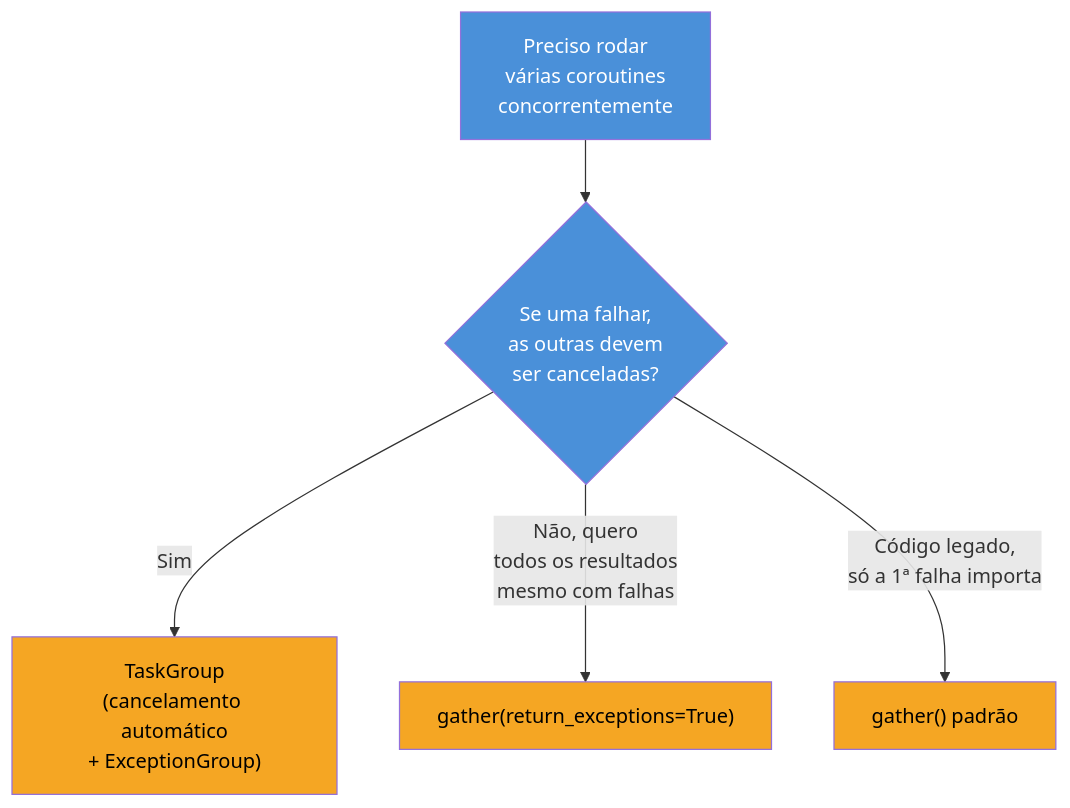
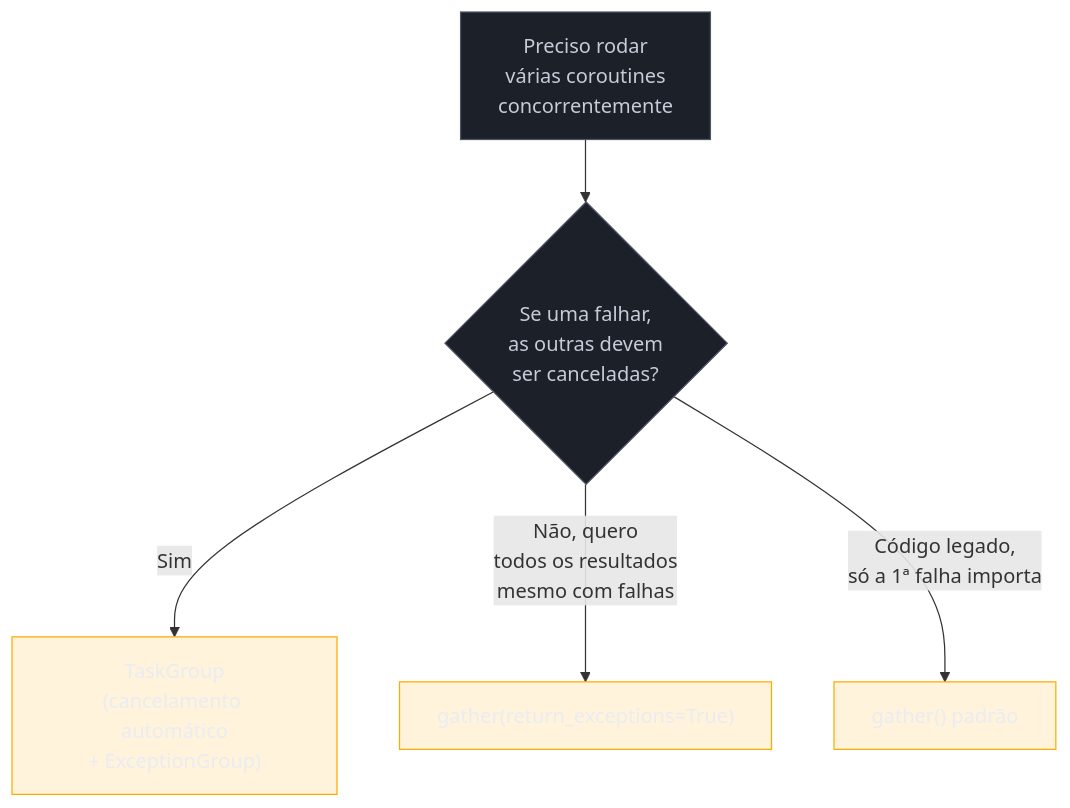
The second of 2 diagrams in 03-Dominios/Tecnologia/Python/Concorrência e paralelismo/07 - asyncio na prática — gather, TaskGroup, timeouts e cancelamento.md (josenaldo/codex-technomanticus), drawn with Mermaid before and after one commit. The commit also changed 1181 other files, not shown here.

First line of the commit message:
fix(diagramas): paleta do sistema no lugar de cor cravada no markdown

````diff
--- a/03-Dominios/Tecnologia/Python/Concorrência e paralelismo/07 - asyncio na prática — gather, TaskGroup, timeouts e cancelamento.md
+++ b/03-Dominios/Tecnologia/Python/Concorrência e paralelismo/07 - asyncio na prática — gather, TaskGroup, timeouts e cancelamento.md
@@ -452,13 +452,15 @@
 ```mermaid
 flowchart TD
+    classDef neutro fill:#1B2029,stroke:#4E5666,color:#C6CCD8
+    classDef destaque fill:#FFAA0024,stroke:#FFAA00,color:#E9ECF2
     Start["Preciso rodar\nvárias coroutines\nconcorrentemente"] --> Q1{"Se uma falhar,\nas outras devem\nser canceladas?"}
     Q1 -- "Sim" --> TG["TaskGroup\n(cancelamento automático\n+ ExceptionGroup)"]
     Q1 -- "Não, quero\ntodos os resultados\nmesmo com falhas" --> GA["gather(return_exceptions=True)"]
     Q1 -- "Código legado,\nsó a 1ª falha importa" --> GS["gather() padrão"]
 
-    style Start fill:#4A90D9,color:#fff
-    style Q1 fill:#4A90D9,color:#fff
-    style TG fill:#F5A623,color:#000
-    style GA fill:#F5A623,color:#000
-    style GS fill:#F5A623,color:#000
+    class Start neutro
+    class Q1 neutro
+    class TG destaque
+    class GA destaque
+    class GS destaque
 ```
````
